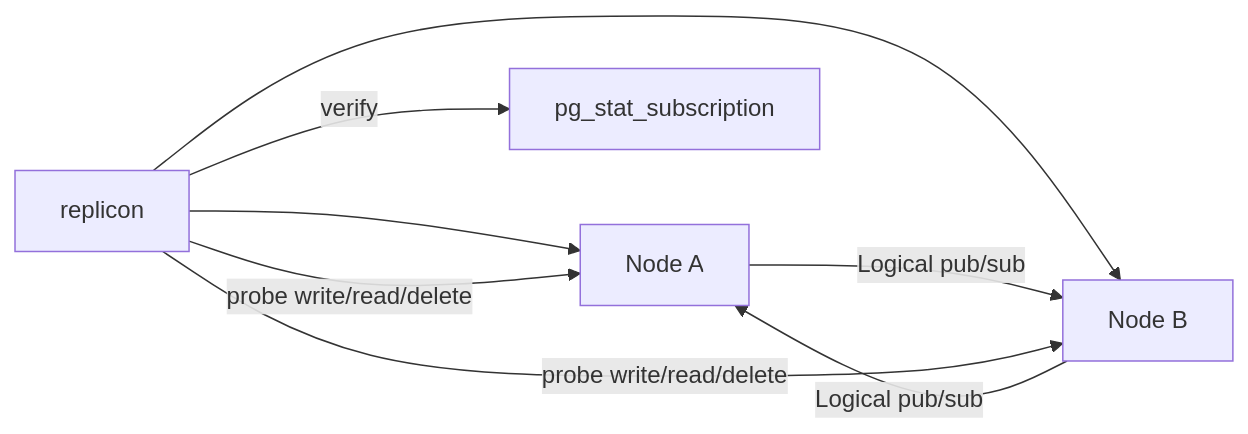
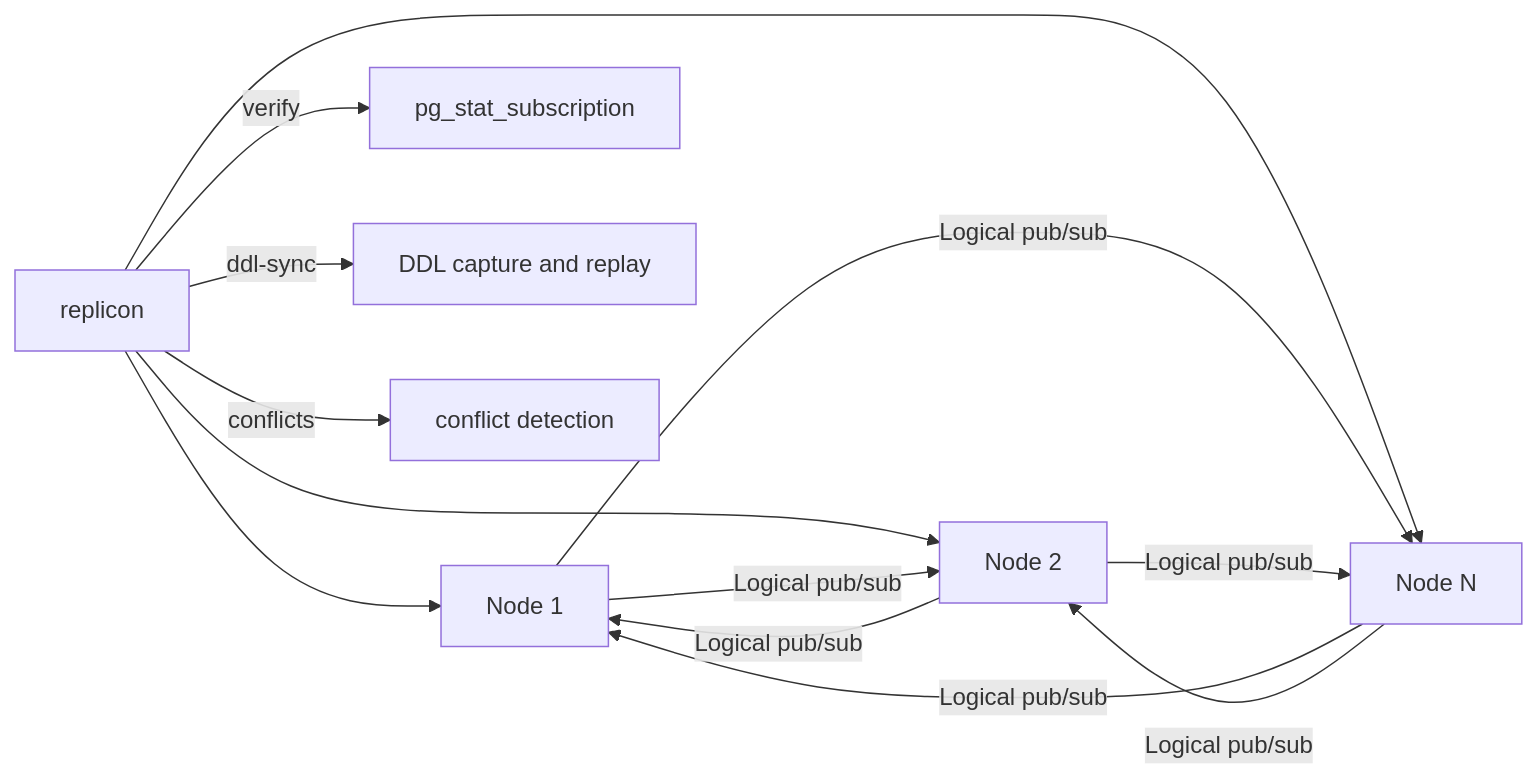
Before and after one commit to loreste/replicon: the second of 2 diagrams in README.md, drawn with Mermaid. The commit also changed other lines of this file and 1 other file, not shown here.

````diff
--- a/README.md
+++ b/README.md
@@ -89,10 +75,15 @@
 ```mermaid
 flowchart LR
-    A[replicon] --> B[Node A]
-    A --> C[Node B]
+    A[replicon] --> B[Node 1]
+    A --> C[Node 2]
+    A --> D[Node N]
     B -->|Logical pub/sub| C
+    B -->|Logical pub/sub| D
     C -->|Logical pub/sub| B
-    A -->|verify| D[pg_stat_subscription]
-    A -->|probe write/read/delete| B
-    A -->|probe write/read/delete| C
+    C -->|Logical pub/sub| D
+    D -->|Logical pub/sub| B
+    D -->|Logical pub/sub| C
+    A -->|verify| E[pg_stat_subscription]
+    A -->|ddl-sync| F[DDL capture and replay]
+    A -->|conflicts| G[conflict detection]
 ```
````
